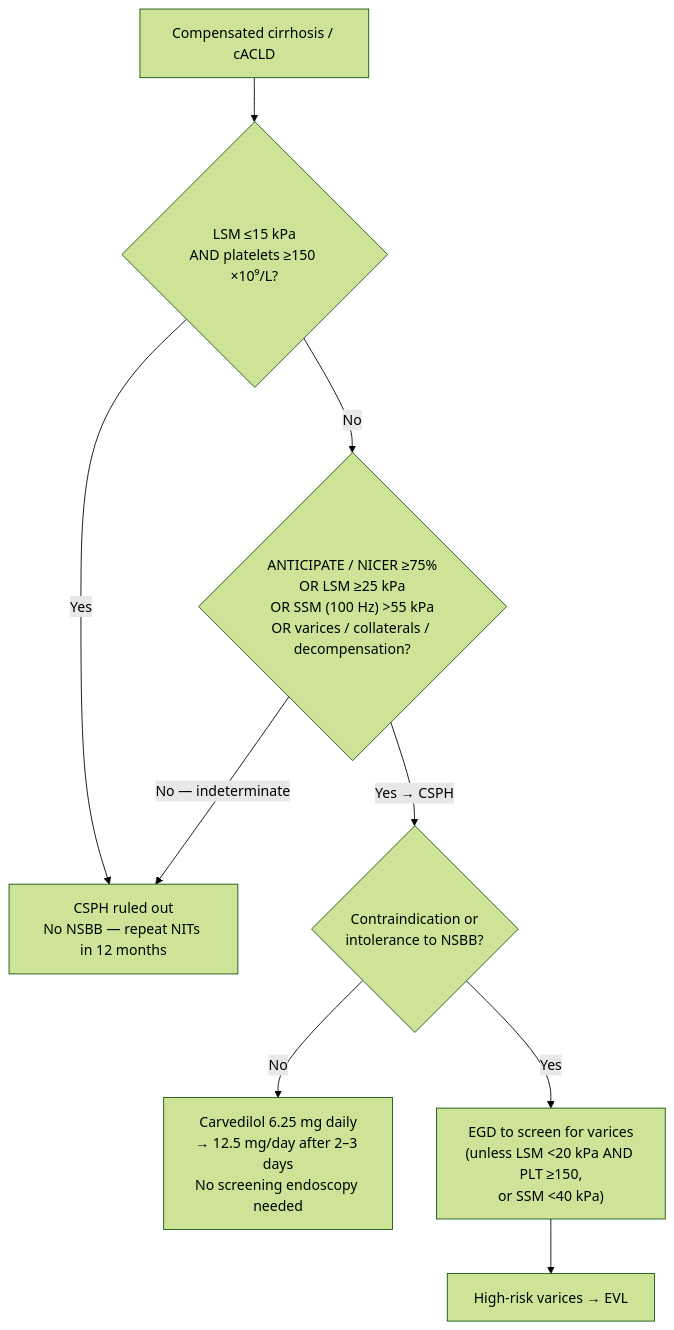
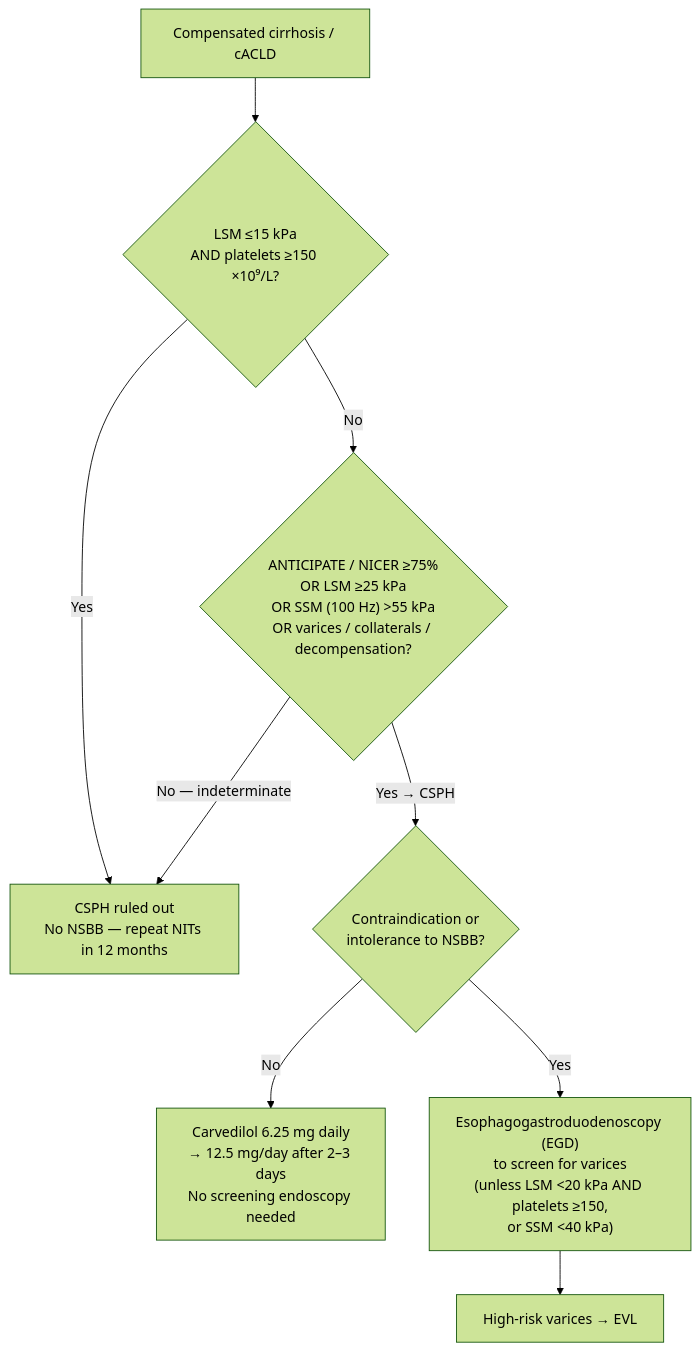
The diagram in KHNL-GI-Wiki/wiki/5-meds/nonselective-beta-blockers.md (KHNickLeMD/KHNL-GI-Wiki), drawn with Mermaid (forest theme) before and after one commit. The commit also changed other lines of this file and 620 other files, not shown here.

````diff
--- a/KHNL-GI-Wiki/wiki/5-meds/nonselective-beta-blockers.md
+++ b/KHNL-GI-Wiki/wiki/5-meds/nonselective-beta-blockers.md
@@ -90,11 +90,11 @@
 ```mermaid
 flowchart TD
     A["Compensated cirrhosis / cACLD"] --> B{"LSM ≤15 kPa<br/>AND platelets ≥150 ×10⁹/L?"}
     B -->|"Yes"| C["CSPH ruled out<br/>No NSBB — repeat NITs in 12 months"]
     B -->|"No"| D{"ANTICIPATE / NICER ≥75%<br/>OR LSM ≥25 kPa<br/>OR SSM (100 Hz) >55 kPa<br/>OR varices / collaterals / decompensation?"}
     D -->|"No — indeterminate"| C
     D -->|"Yes → CSPH"| E{"Contraindication or<br/>intolerance to NSBB?"}
     E -->|"No"| F["Carvedilol 6.25 mg daily<br/>→ 12.5 mg/day after 2–3 days<br/>No screening endoscopy needed"]
-    E -->|"Yes"| G["EGD to screen for varices<br/>(unless LSM &lt;20 kPa AND PLT ≥150,<br/>or SSM &lt;40 kPa)"]
+    E -->|"Yes"| G["Esophagogastroduodenoscopy (EGD)<br/>to screen for varices<br/>(unless LSM &lt;20 kPa AND platelets ≥150,<br/>or SSM &lt;40 kPa)"]
     G --> H["High-risk varices → EVL"]
 ```
````
